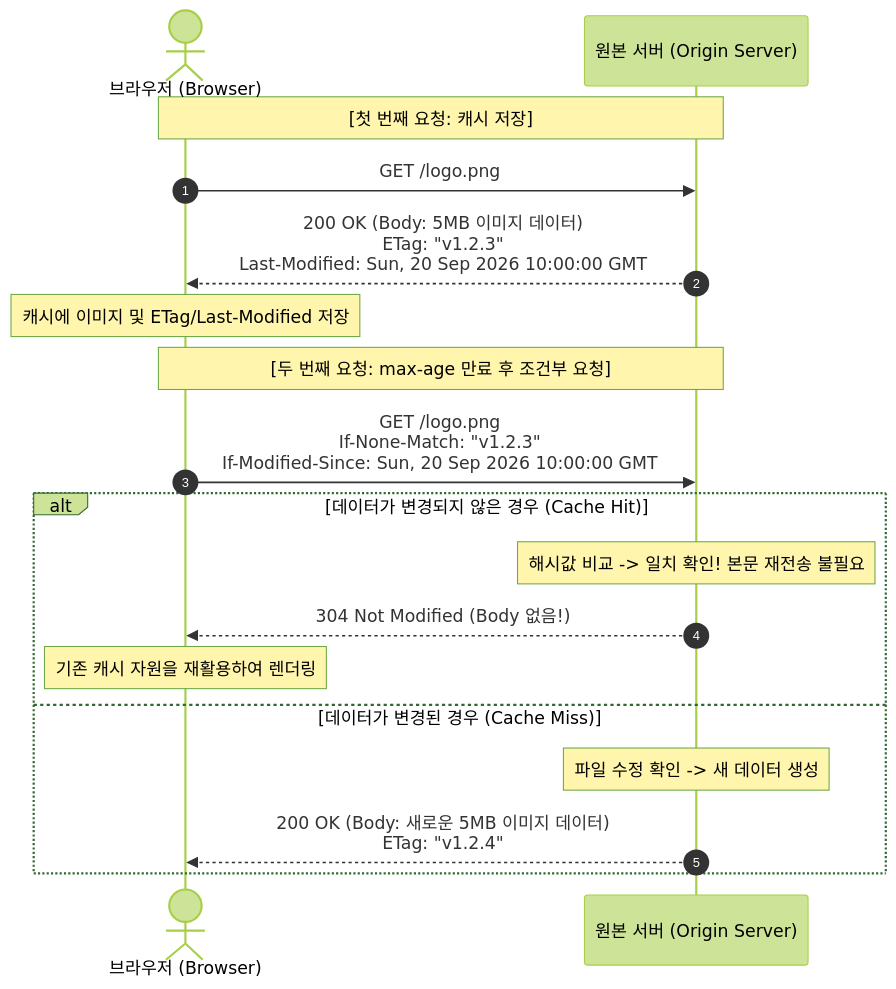
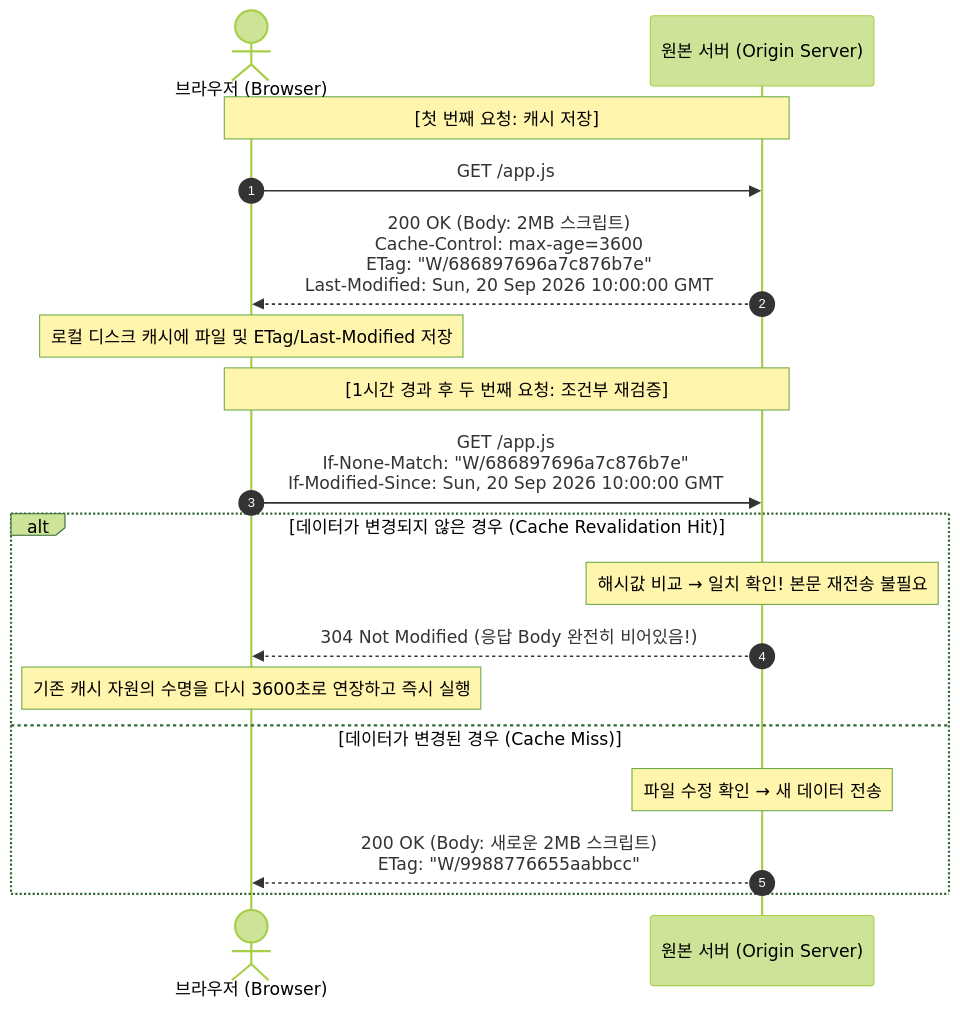
The fifth of 11 diagrams in 08_네트워크_기술.md (keimania/tech-notes), drawn with Mermaid (forest theme) before and after one commit. The commit also changed other lines of this file and 12 other files, not shown here.

````diff
--- a/08_네트워크_기술.md
+++ b/08_네트워크_기술.md
@@ -325,24 +489,24 @@
 ```mermaid
 sequenceDiagram
     autonumber
     actor C as 브라우저 (Browser)
     participant S as 원본 서버 (Origin Server)
 
     Note over C,S: [첫 번째 요청: 캐시 저장]
-    C->>S: GET /logo.png
-    S-->>C: 200 OK (Body: 5MB 이미지 데이터)<br/>ETag: "v1.2.3"<br/>Last-Modified: Sun, 20 Sep 2026 10:00:00 GMT
+    C->>S: GET /app.js
+    S-->>C: 200 OK (Body: 2MB 스크립트)<br/>Cache-Control: max-age=3600<br/>ETag: "W/686897696a7c876b7e"<br/>Last-Modified: Sun, 20 Sep 2026 10:00:00 GMT
 
-    Note over C: 캐시에 이미지 및 ETag/Last-Modified 저장
+    Note over C: 로컬 디스크 캐시에 파일 및 ETag/Last-Modified 저장
 
-    Note over C,S: [두 번째 요청: max-age 만료 후 조건부 요청]
-    C->>S: GET /logo.png<br/>If-None-Match: "v1.2.3"<br/>If-Modified-Since: Sun, 20 Sep 2026 10:00:00 GMT
+    Note over C,S: [1시간 경과 후 두 번째 요청: 조건부 재검증]
+    C->>S: GET /app.js<br/>If-None-Match: "W/686897696a7c876b7e"<br/>If-Modified-Since: Sun, 20 Sep 2026 10:00:00 GMT
 
-    alt 데이터가 변경되지 않은 경우 (Cache Hit)
-        Note over S: 해시값 비교 -> 일치 확인! 본문 재전송 불필요
-        S-->>C: 304 Not Modified (Body 없음!)
-        Note over C: 기존 캐시 자원을 재활용하여 렌더링
+    alt 데이터가 변경되지 않은 경우 (Cache Revalidation Hit)
+        Note over S: 해시값 비교 → 일치 확인! 본문 재전송 불필요
+        S-->>C: 304 Not Modified (응답 Body 완전히 비어있음!)
+        Note over C: 기존 캐시 자원의 수명을 다시 3600초로 연장하고 즉시 실행
     else 데이터가 변경된 경우 (Cache Miss)
-        Note over S: 파일 수정 확인 -> 새 데이터 생성
-        S-->>C: 200 OK (Body: 새로운 5MB 이미지 데이터)<br/>ETag: "v1.2.4"
+        Note over S: 파일 수정 확인 → 새 데이터 전송
+        S-->>C: 200 OK (Body: 새로운 2MB 스크립트)<br/>ETag: "W/9988776655aabbcc"
     end
 ```
````
